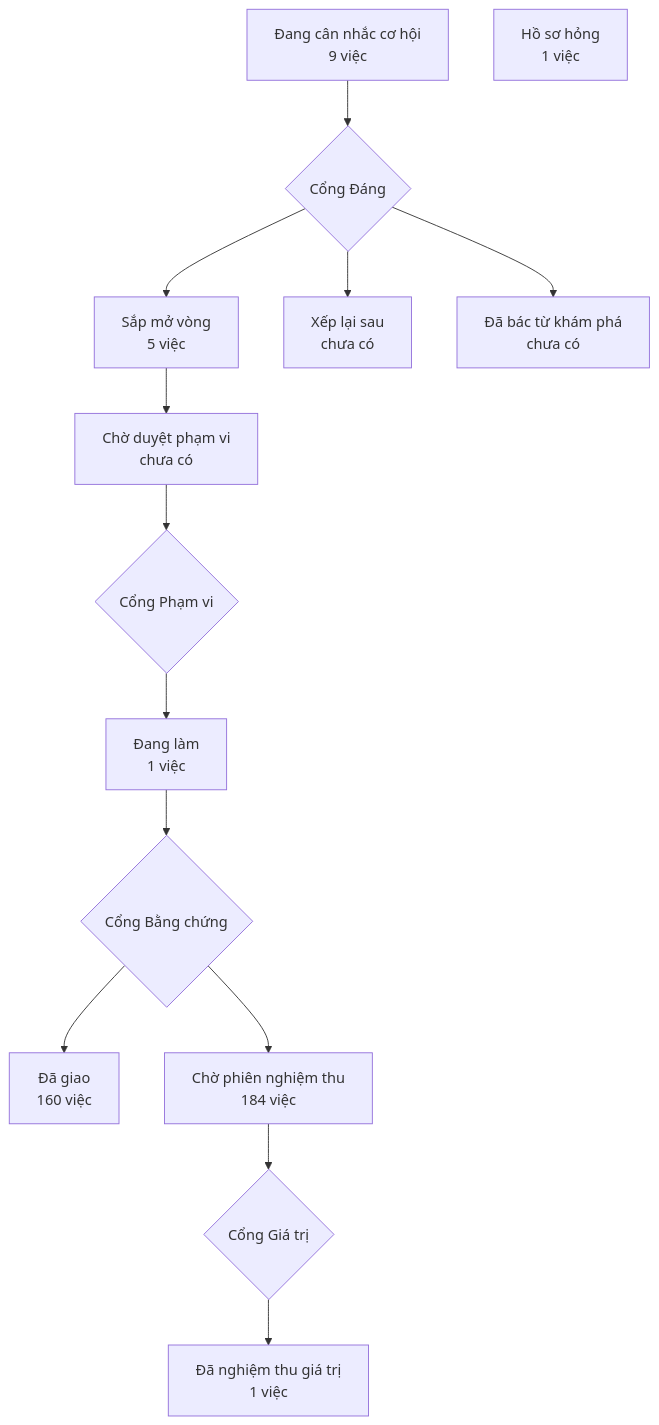
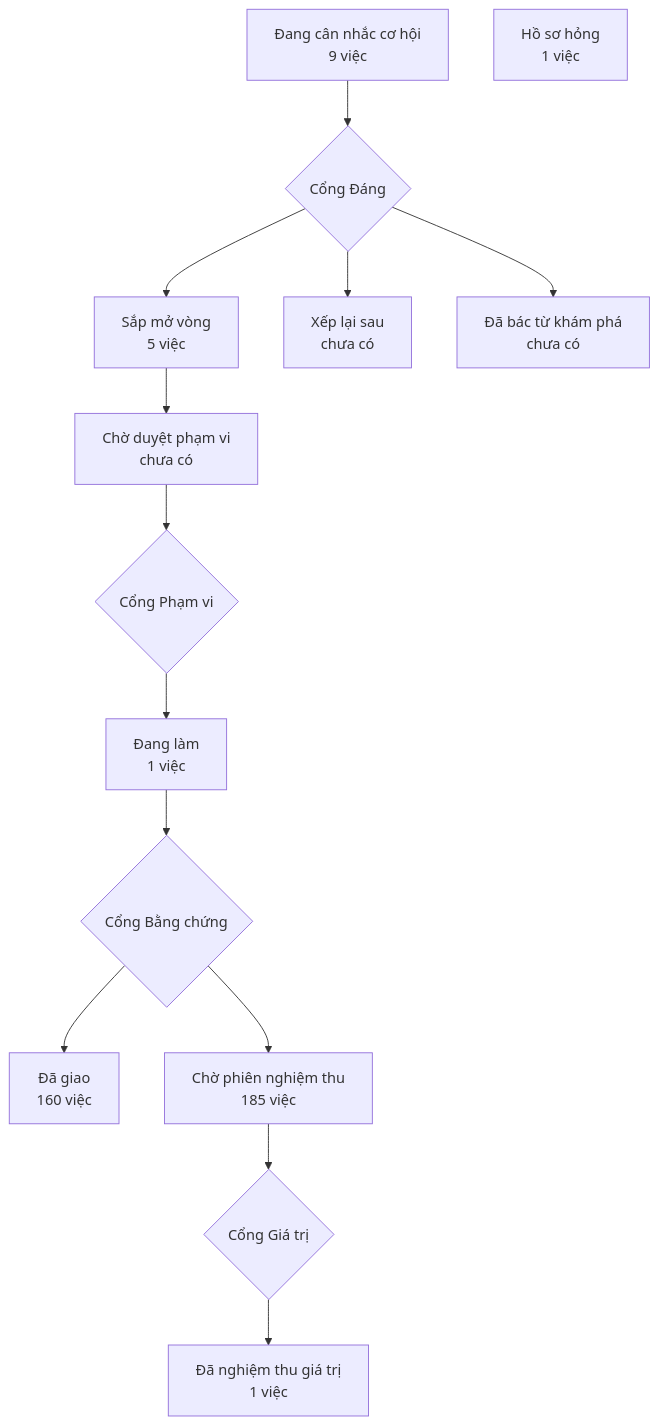
The diagram in PRODUCT-MAP.md (phanlemanh/crm-onehub), drawn with Mermaid before and after one commit. The commit also changed 1 other file, not shown here.

Commit message:
chore(hop-tuan-mo-dung-bo): vẽ lại bản đồ và trang lộ trình sau gộp onehub c1e90267a

````diff
--- a/PRODUCT-MAP.md
+++ b/PRODUCT-MAP.md
@@ -7,13 +7,13 @@
 ```mermaid
 flowchart TD
   A["Đang cân nhắc cơ hội<br/>9 việc"] --> GD{"Cổng Đáng"}
   GD --> B["Sắp mở vòng<br/>5 việc"]
   GD --> XL["Xếp lại sau<br/>chưa có"]
   GD --> DB["Đã bác từ khám phá<br/>chưa có"]
   B --> CD["Chờ duyệt phạm vi<br/>chưa có"] --> GP{"Cổng Phạm vi"}
   GP --> DL["Đang làm<br/>1 việc"] --> GB{"Cổng Bằng chứng"}
   GB --> DG["Đã giao<br/>160 việc"]
-  GB --> CN["Chờ phiên nghiệm thu<br/>184 việc"] --> GG{"Cổng Giá trị"}
+  GB --> CN["Chờ phiên nghiệm thu<br/>185 việc"] --> GG{"Cổng Giá trị"}
   GG --> NT["Đã nghiệm thu giá trị<br/>1 việc"]
   HS["Hồ sơ hỏng<br/>1 việc"]
 ```
````
